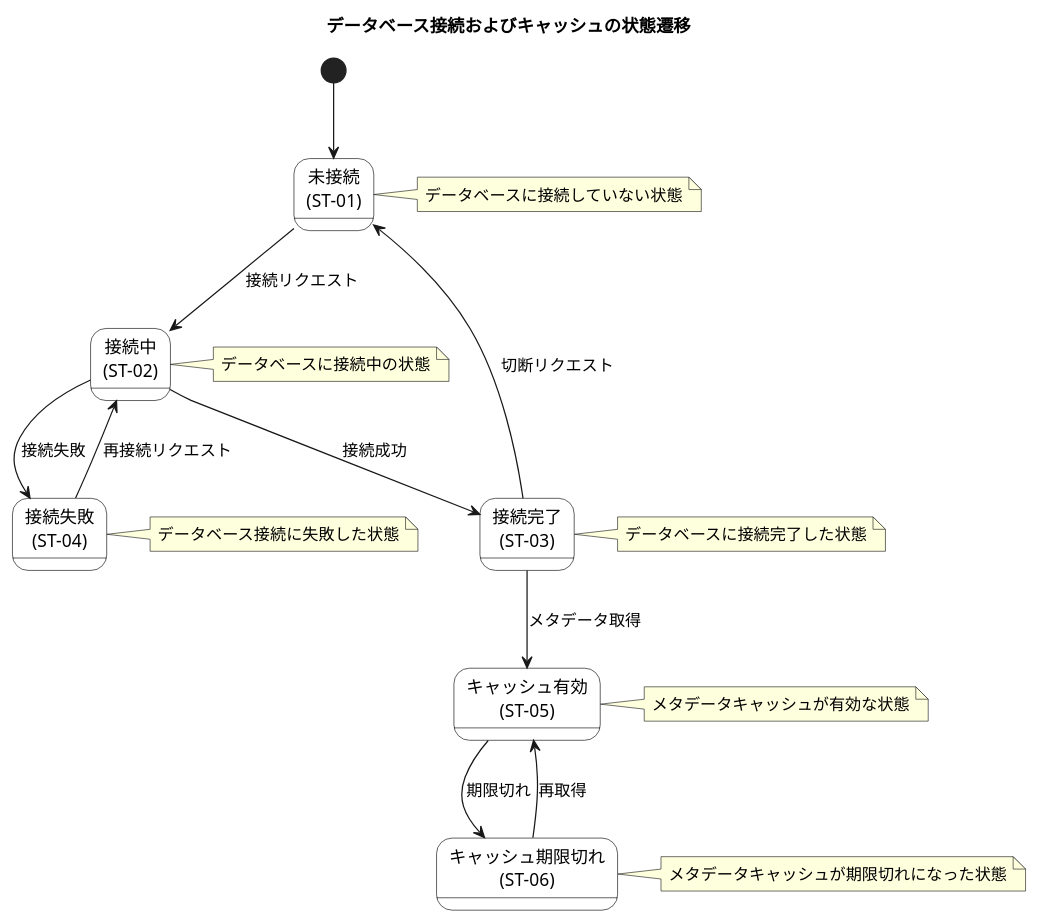
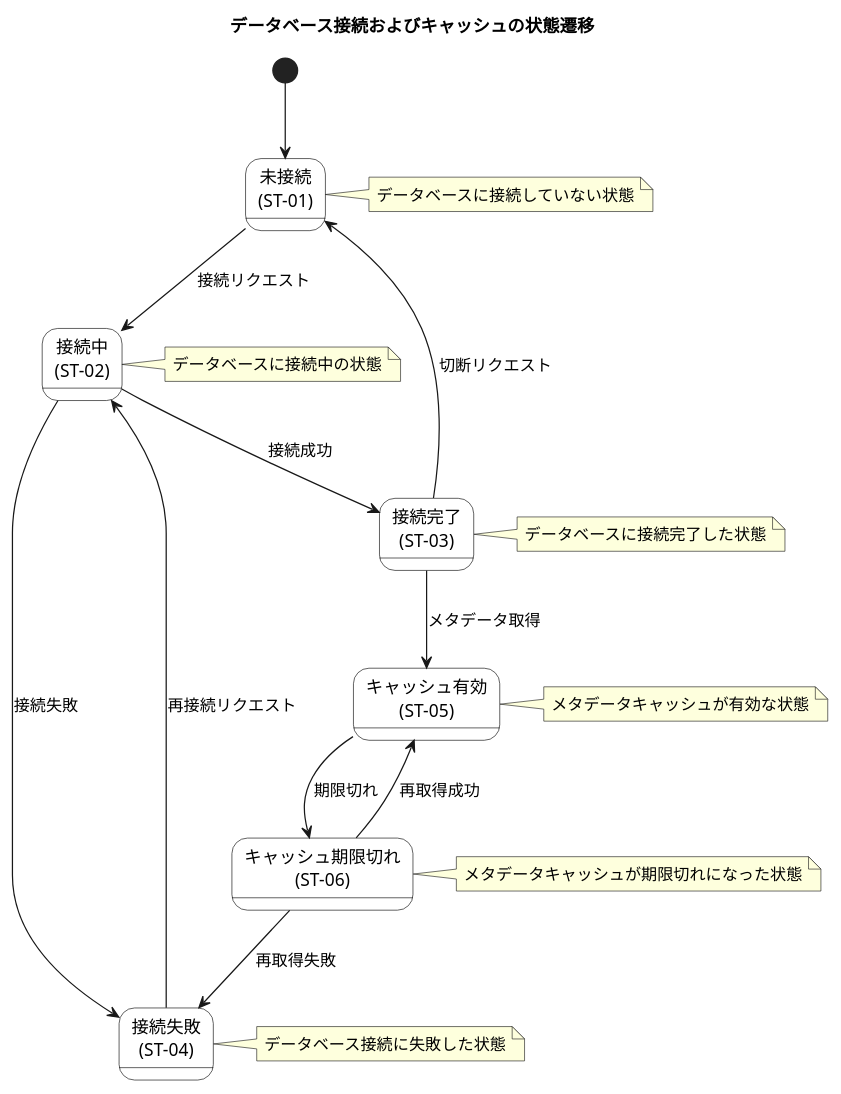
One commit to mizo432/modulith-learning changed the diagram in docs/12 RDRA モデル/06 機能要件/02.関連付け/01.パーティー/04.システム/02.ステート/02.ステートマシン図.md. Above: the diagram before and after it, drawn with PlantUML. The commit also changed 12 other files, not shown here.

````diff
--- a/docs/12 RDRA モデル/06 機能要件/02.関連付け/01.パーティー/04.システム/02.ステート/02.ステートマシン図.md
+++ b/docs/12 RDRA モデル/06 機能要件/02.関連付け/01.パーティー/04.システム/02.ステート/02.ステートマシン図.md
@@ -7,55 +7,56 @@
 ```plantuml
 @startuml
 
 title データベース接続およびキャッシュの状態遷移
 
 skinparam state {
   BackgroundColor White
   BorderColor Black
 }
 
 state "未接続\n(ST-01)" as Disconnected
 state "接続中\n(ST-02)" as Connecting
 state "接続完了\n(ST-03)" as Connected
 state "接続失敗\n(ST-04)" as ConnectionFailed
 state "キャッシュ有効\n(ST-05)" as CacheValid
 state "キャッシュ期限切れ\n(ST-06)" as CacheExpired
 
 [*] --> Disconnected
 
 Disconnected --> Connecting : 接続リクエスト
 Connecting --> Connected : 接続成功
 Connecting --> ConnectionFailed : 接続失敗
 Connected --> Disconnected : 切断リクエスト
 ConnectionFailed --> Connecting : 再接続リクエスト
 
 Connected --> CacheValid : メタデータ取得
 CacheValid --> CacheExpired : 期限切れ
-CacheExpired --> CacheValid : 再取得
+CacheExpired --> CacheValid : 再取得成功
+CacheExpired --> ConnectionFailed : 再取得失敗
 
 note right of Disconnected
   データベースに接続していない状態
 end note
 
 note right of Connecting
   データベースに接続中の状態
 end note
 
 note right of Connected
   データベースに接続完了した状態
 end note
 
 note right of ConnectionFailed
   データベース接続に失敗した状態
 end note
 
 note right of CacheValid
   メタデータキャッシュが有効な状態
 end note
 
 note right of CacheExpired
   メタデータキャッシュが期限切れになった状態
 end note
 
 @enduml
 ```
````
